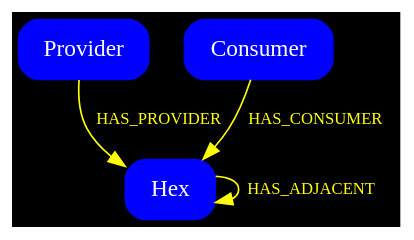
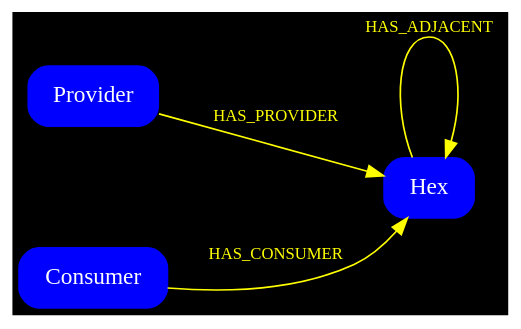
One commit to maguec/HexMatch changed the diagram in docs/graph.dot. Above: the diagram before and after it, drawn with Graphviz. The commit also changed 2 other files, not shown here.

```diff
--- a/docs/graph.dot
+++ b/docs/graph.dot
@@ -1,14 +1,15 @@
 digraph diag {
   node [shape=Mrecord, color=Blue, fillcolor=Blue, style=filled, fontcolor=white];
   edge [fontcolor=yellow, color=yellow,fontsize=10];
   bgcolor=black;
-  nodesep=0.2;
+  nodesep=1.0;
+  rankdir=LR;
 
   Provider [label="Provider"];
   Consumer [label="Consumer"];
   Hex [label="Hex"];
 
   Provider -> Hex [label=HAS_PROVIDER];
   Consumer -> Hex [label=HAS_CONSUMER];
   Hex -> Hex [label=HAS_ADJACENT];
 }
```
